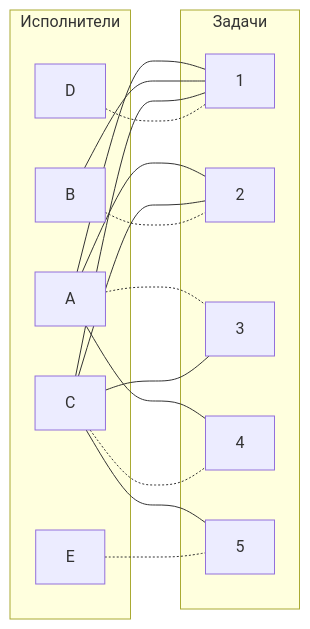
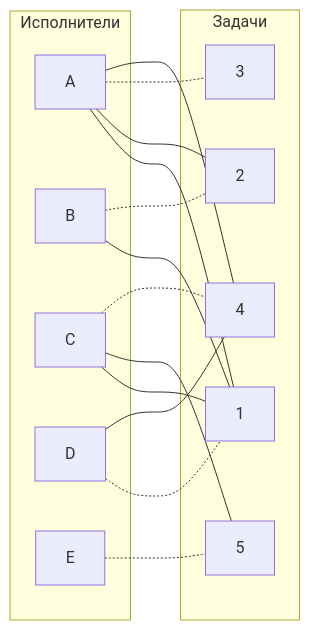
One commit to hse-algo-24-crow/manual-tasks-crow changed diagram 14 of 14 in task-8/python-gang.md. Above: the diagram before and after it, drawn with Mermaid. The commit also changed other lines of this file, not shown here.

````diff
--- a/task-8/python-gang.md
+++ b/task-8/python-gang.md
@@ -389,30 +397,29 @@
 ```mermaid
 graph LR
     subgraph "Исполнители"
         A[A]
         B[B]
         C[C]
         D[D]
         E[E]
     end
     subgraph "Задачи"
         1[1]
         2[2]
         3[3]
         4[4]
         5[5]
     end
     A --- 1
     A --- 2
     A -.- 3
     A --- 4
     B --- 1
     C --- 1
     C --- 5
     D -.- 1
     E -.- 5
     C -.- 4
-    C --- 2
-    C --- 3
+    D --- 4
     B -.- 2
 ```
````
